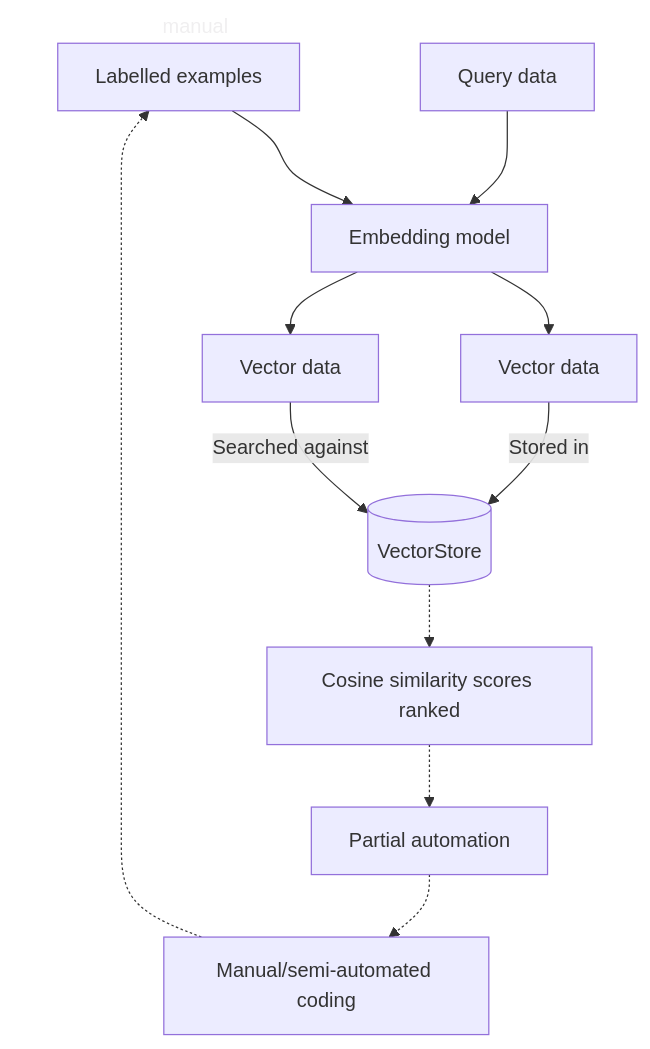
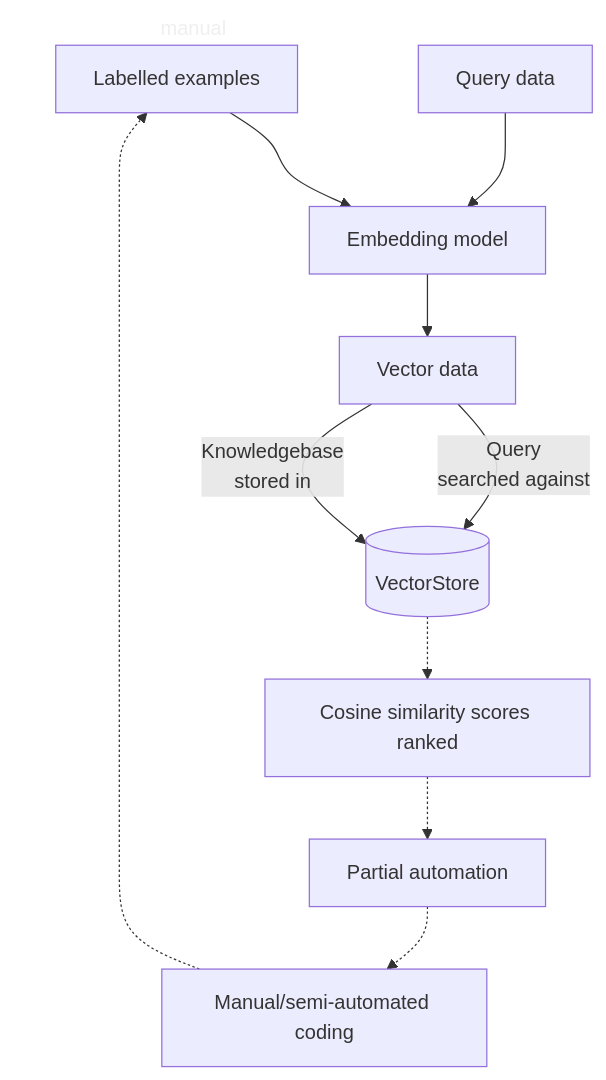
Before and after one commit to datasciencecampus/NBS-LLM-classifier: the diagram in README.md, drawn with Mermaid.

Commit message:
Improve flowchart

````diff
--- a/README.md
+++ b/README.md
@@ -59,19 +59,18 @@
 ```mermaid
 flowchart TB
     A[Labelled examples] --> C[Embedding model]
     B[Query data] --> C
     C --> D[Vector data]
-    C --> F[Vector data]
-    D --> |Stored in| E[(VectorStore)]
-    F --> |Searched against| E
-    E -.-> G[Cosine similarity scores ranked]
-    G -.-> H[Partial automation]
-    H -.-> I[Manual/semi-automated coding]
-    I -.-> A
+    D --> |Query<br>searched against| E[(VectorStore)]
+    D --> |Knowledgebase<br>stored in| E
+    E -.-> F[Cosine similarity scores ranked]
+    F -.-> G[Partial automation]
+    G -.-> H[Manual/semi-automated coding]
+    H -.-> A
 
 subgraph manual
 A
 end
 
 style manual color:#2121,fill-opacity:0,stroke-width:0px
 ```
````
